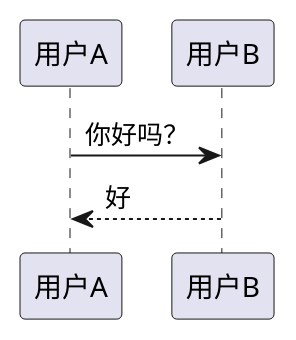
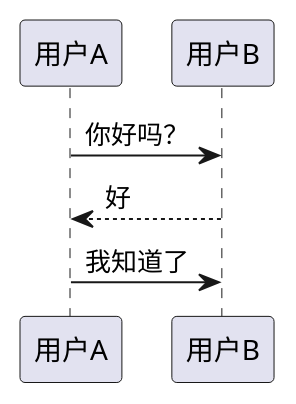
One commit to eggcaker/eggcaker.github.io changed the diagram in posts/test-org-mode-feature.org. Above: the diagram before and after it, drawn with PlantUML. The commit also changed other lines of this file and 2 other files, not shown here.

```diff
--- a/posts/test-org-mode-feature.org
+++ b/posts/test-org-mode-feature.org
@@ -31,4 +29,5 @@
 #+begin_src plantuml :file ./images/plantuml_test_chinese.png :cmdline -charset UTF-8 -Shandwritten=true
 用户A -> 用户B: 你好吗？
 用户B -->用户A: 好
+用户A ->用户B: 我知道了
 #+end_src
```
